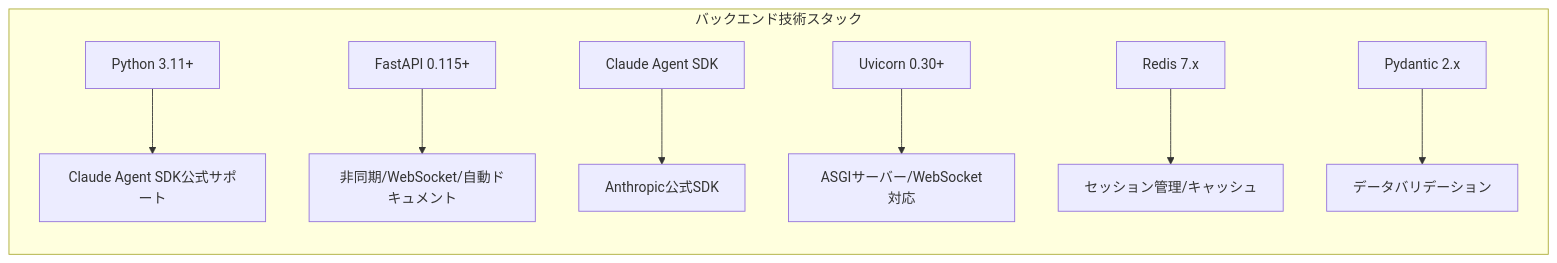
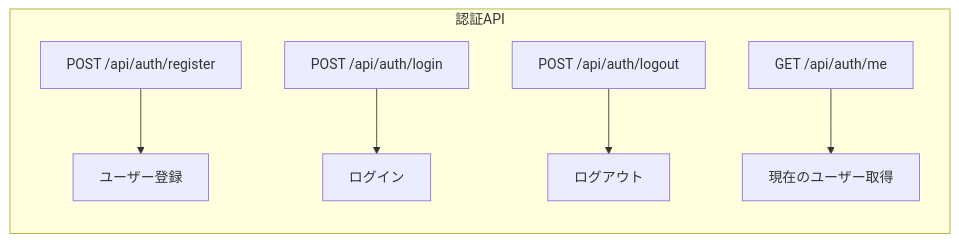
Before and after one commit to thirai-classlab/Claude-Code-Cloud: the second of 10 diagrams in doc/architecture-design.md, drawn with Mermaid. The commit also changed other lines of this file and 8 other files, not shown here.

````diff
--- a/doc/architecture-design.md
+++ b/doc/architecture-design.md
@@ -71,11 +266,9 @@
 ```mermaid
 flowchart LR
-    subgraph バックエンド技術スタック
-        P[Python 3.11+] --> PD[Claude Agent SDK公式サポート]
-        F[FastAPI 0.115+] --> FD[非同期/WebSocket/自動ドキュメント]
-        C[Claude Agent SDK] --> CD[Anthropic公式SDK]
-        U[Uvicorn 0.30+] --> UD[ASGIサーバー/WebSocket対応]
-        R[Redis 7.x] --> RD[セッション管理/キャッシュ]
-        PY[Pydantic 2.x] --> PYD[データバリデーション]
+    subgraph 認証API
+        A1[POST /api/auth/register] --> A1D[ユーザー登録]
+        A2[POST /api/auth/login] --> A2D[ログイン]
+        A3[POST /api/auth/logout] --> A3D[ログアウト]
+        A4[GET /api/auth/me] --> A4D[現在のユーザー取得]
     end
 ```
````
